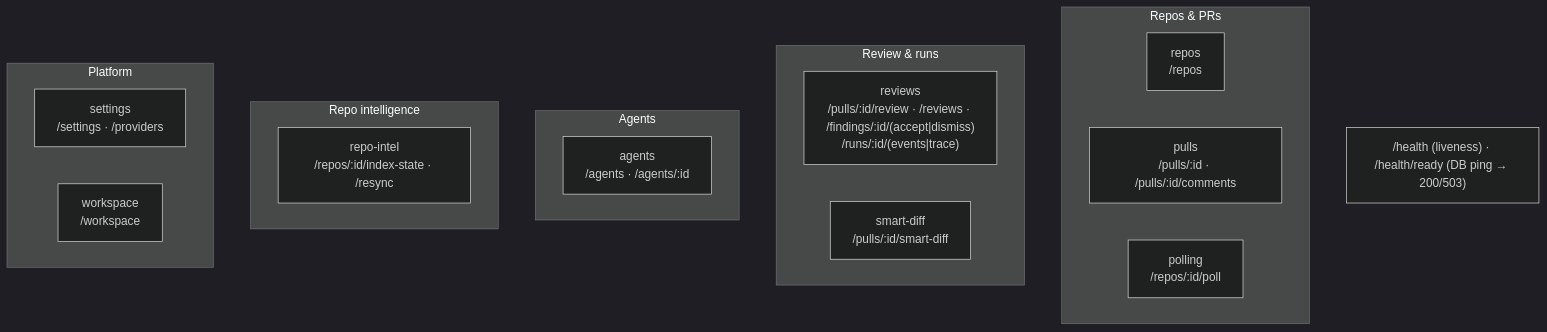
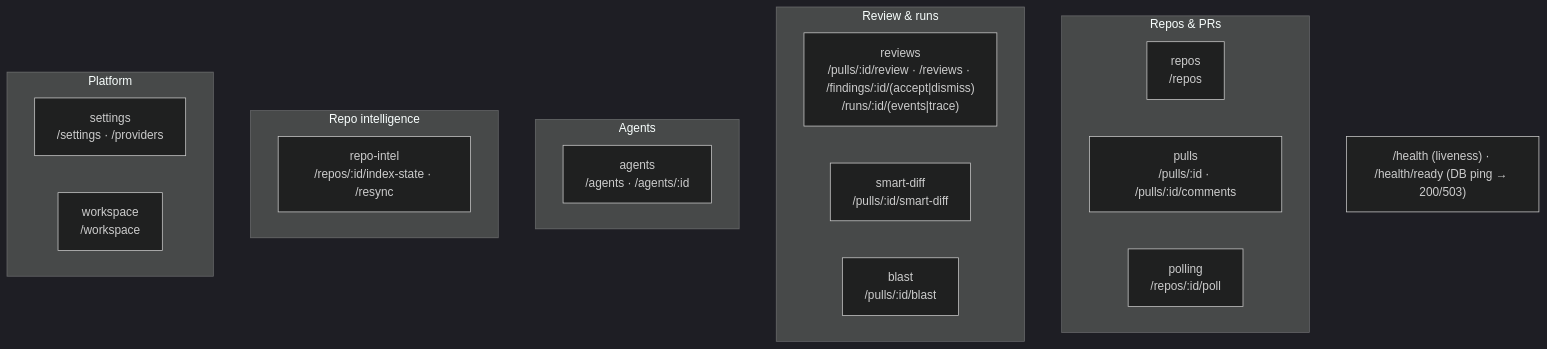
One commit to DaryPet/dev-digest changed the second of 2 diagrams in server/README.md. Above: the diagram before and after it, drawn with Mermaid (dark theme). The commit also changed 39 other files, not shown here.

````diff
--- a/server/README.md
+++ b/server/README.md
@@ -64,23 +64,24 @@
 ```mermaid
 flowchart TB
   subgraph Repos_PRs["Repos & PRs"]
     repos["repos<br/>/repos"]
     pulls["pulls<br/>/pulls/:id · /pulls/:id/comments"]
     polling["polling<br/>/repos/:id/poll"]
   end
   subgraph Review["Review & runs"]
     reviews["reviews<br/>/pulls/:id/review · /reviews · /findings/:id/(accept|dismiss)<br/>/runs/:id/(events|trace)"]
     smartDiff["smart-diff<br/>/pulls/:id/smart-diff"]
+    blast["blast<br/>/pulls/:id/blast"]
   end
   subgraph Agents["Agents"]
     agents["agents<br/>/agents · /agents/:id"]
   end
   subgraph Intel["Repo intelligence"]
     repoIntel["repo-intel<br/>/repos/:id/index-state · /resync"]
   end
   subgraph Platform["Platform"]
     settings["settings<br/>/settings · /providers"]
     workspace["workspace<br/>/workspace"]
   end
   HEALTH["/health (liveness) · /health/ready (DB ping → 200/503)"]
 ```
````
